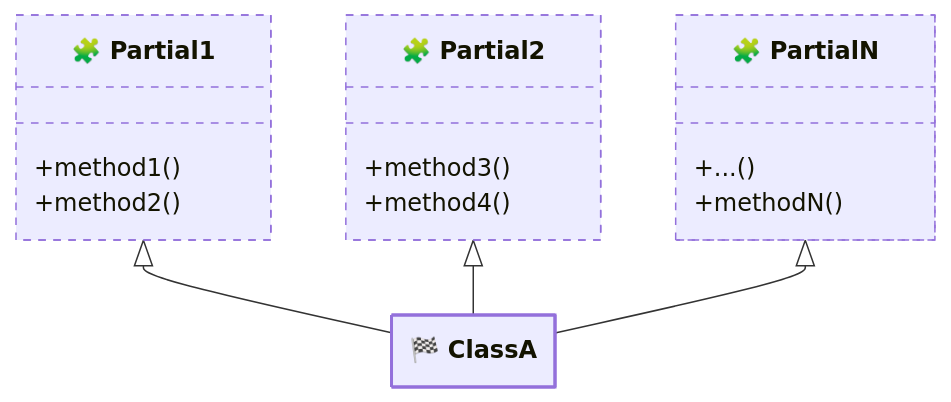
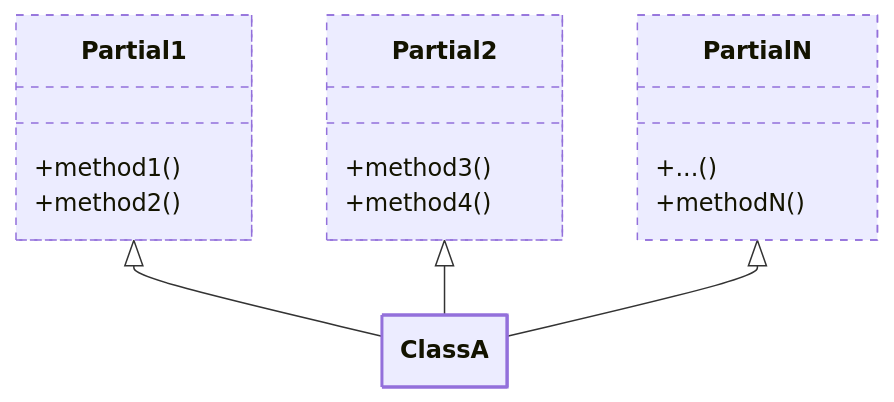
One commit to thecodecrate/python-pipeline changed the first of 3 diagrams in tests/spec-001--class-composition-with-partial-classes.md. Above: the diagram before and after it, drawn with Mermaid. The commit also changed other lines of this file, not shown here.

````diff
--- a/tests/spec-001--class-composition-with-partial-classes.md
+++ b/tests/spec-001--class-composition-with-partial-classes.md
@@ -42,34 +13,36 @@
 ```mermaid
 ---
 config:
     class:
         hideEmptyMembersBox: true
 ---
 classDiagram
-    class Partial1["🧩 Partial1"] {
+    class Partial1["Partial1"] {
         +method1()
         +method2()
     }
 
-    class Partial2["🧩 Partial2"] {
+    class Partial2["Partial2"] {
         +method3()
         +method4()
     }
 
-    class PartialN["🧩 PartialN"] {
+    class Partial3["PartialN"] {
         +...()
         +methodN()
     }
 
-    class ClassA["🏁 ClassA"] {
+    class Composed["ClassA"] {
     }
 
-    Partial1 <|-- ClassA
-    Partial2 <|-- ClassA
-    PartialN <|-- ClassA
+    %% Relationships
+    Partial1 <|-- Composed
+    Partial2 <|-- Composed
+    Partial3 <|-- Composed
 
+    %% Apply Styles
     style Partial1 bugfix:1, stroke-dasharray: 5 5, stroke-width:1px
     style Partial2 bugfix:1, stroke-dasharray: 5 5, stroke-width:1px
-    style PartialN bugfix:1, stroke-dasharray: 5 5, stroke-width:1px
-    style ClassA bugfix:1, font-weight: bold, stroke-width:2px
+    style Partial3 bugfix:1, stroke-dasharray: 5 5, stroke-width:1px
+    style Composed bugfix:1, font-weight: bold, stroke-width:2px
 ```
````
